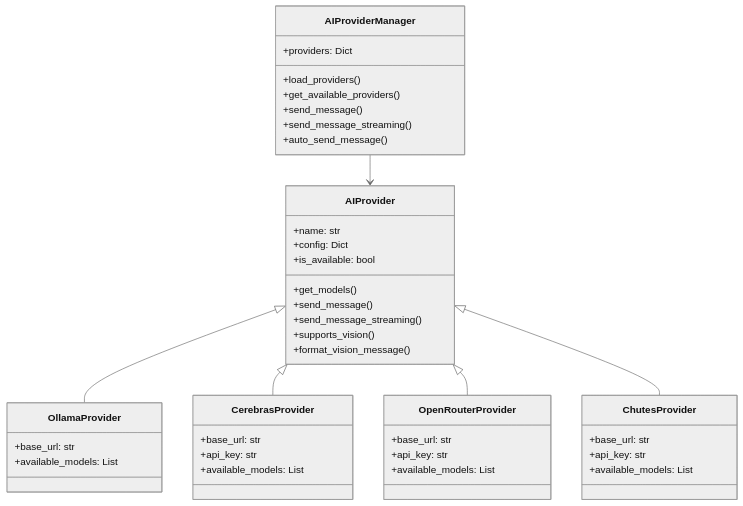
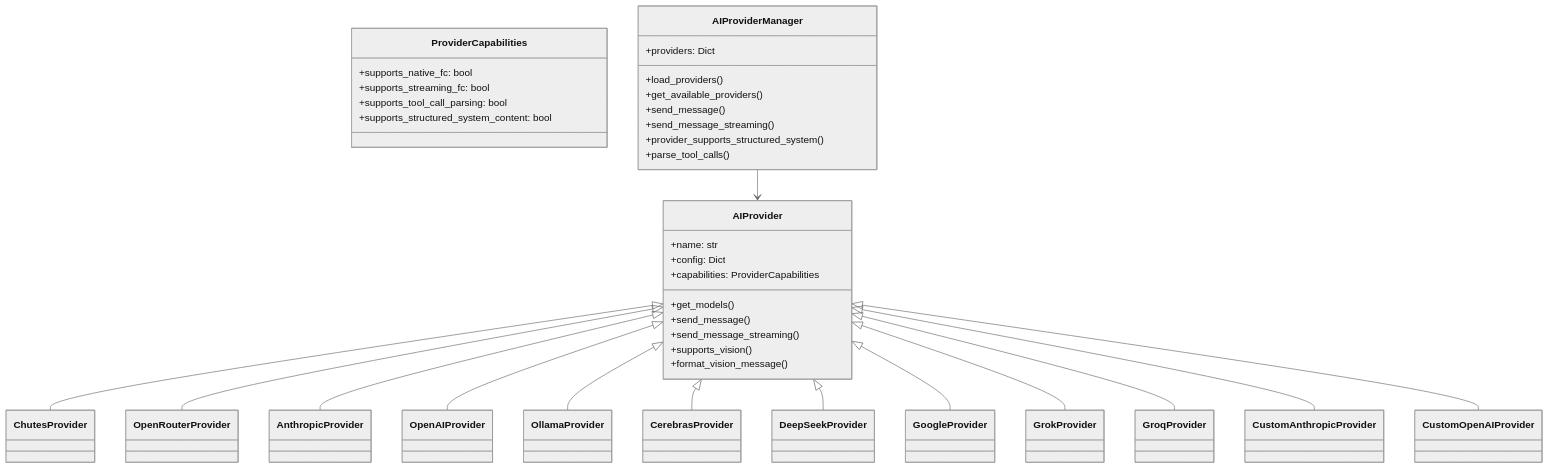
Before and after one commit to icedeyes12/yuzu-core: the second of 7 diagrams in app/README.md, drawn with Mermaid (neutral theme). The commit also changed other lines of this file and 1 other file, not shown here.

````diff
--- a/app/README.md
+++ b/app/README.md
@@ -294,51 +202,44 @@
 ```mermaid
 classDiagram
     class AIProvider {
         +name: str
         +config: Dict
-        +is_available: bool
+        +capabilities: ProviderCapabilities
         +get_models()
         +send_message()
         +send_message_streaming()
         +supports_vision()
         +format_vision_message()
     }
 
-    class OllamaProvider {
-        +base_url: str
-        +available_models: List
-    }
-
-    class CerebrasProvider {
-        +base_url: str
-        +api_key: str
-        +available_models: List
-    }
-
-    class OpenRouterProvider {
-        +base_url: str
-        +api_key: str
-        +available_models: List
-    }
-
-    class ChutesProvider {
-        +base_url: str
-        +api_key: str
-        +available_models: List
+    class ProviderCapabilities {
+        +supports_native_fc: bool
+        +supports_streaming_fc: bool
+        +supports_tool_call_parsing: bool
+        +supports_structured_system_content: bool
     }
 
     class AIProviderManager {
         +providers: Dict
         +load_providers()
         +get_available_providers()
         +send_message()
         +send_message_streaming()
-        +auto_send_message()
+        +provider_supports_structured_system()
+        +parse_tool_calls()
     }
 
+    AIProvider <|-- ChutesProvider
+    AIProvider <|-- OpenRouterProvider
+    AIProvider <|-- AnthropicProvider
+    AIProvider <|-- OpenAIProvider
     AIProvider <|-- OllamaProvider
     AIProvider <|-- CerebrasProvider
-    AIProvider <|-- OpenRouterProvider
-    AIProvider <|-- ChutesProvider
+    AIProvider <|-- DeepSeekProvider
+    AIProvider <|-- GoogleProvider
+    AIProvider <|-- GrokProvider
+    AIProvider <|-- GroqProvider
+    AIProvider <|-- CustomAnthropicProvider
+    AIProvider <|-- CustomOpenAIProvider
     AIProviderManager --> AIProvider
 ```
````
